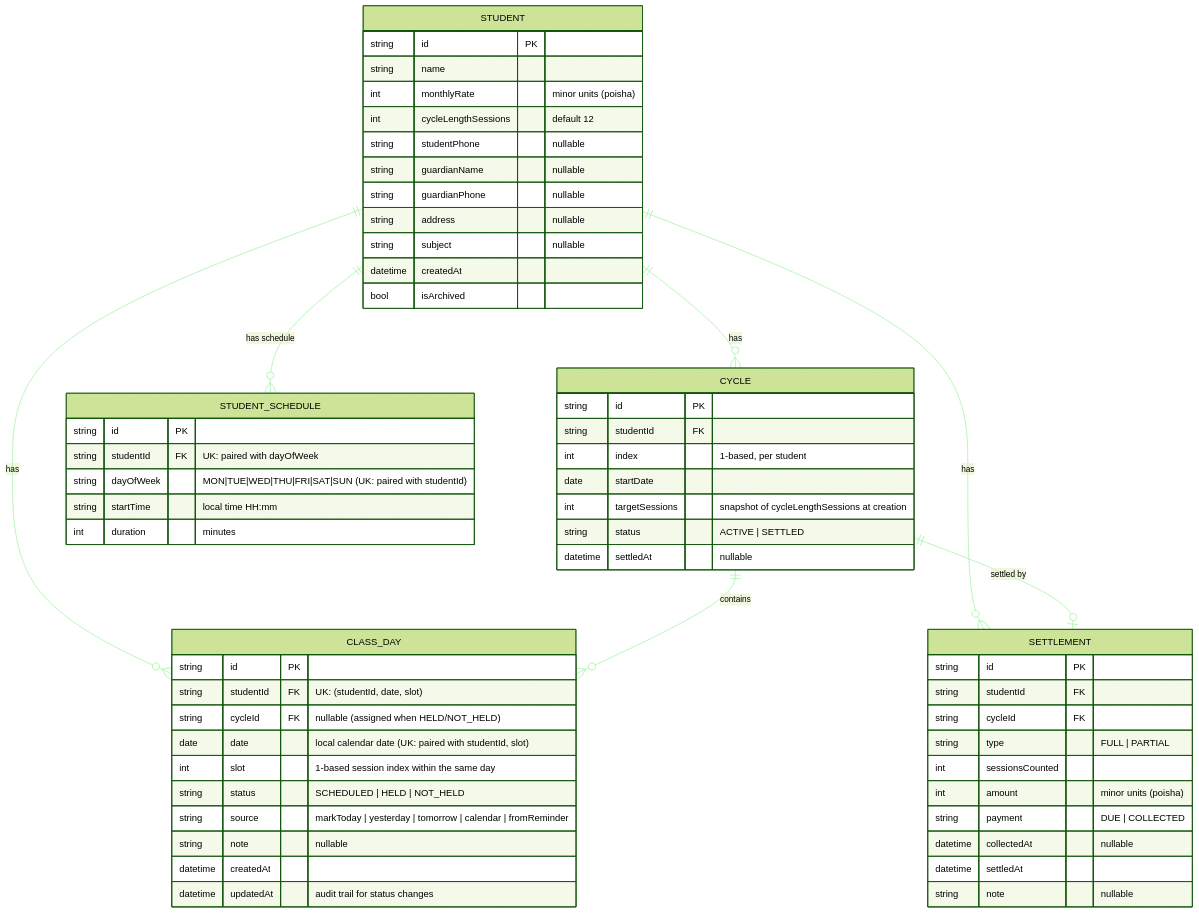
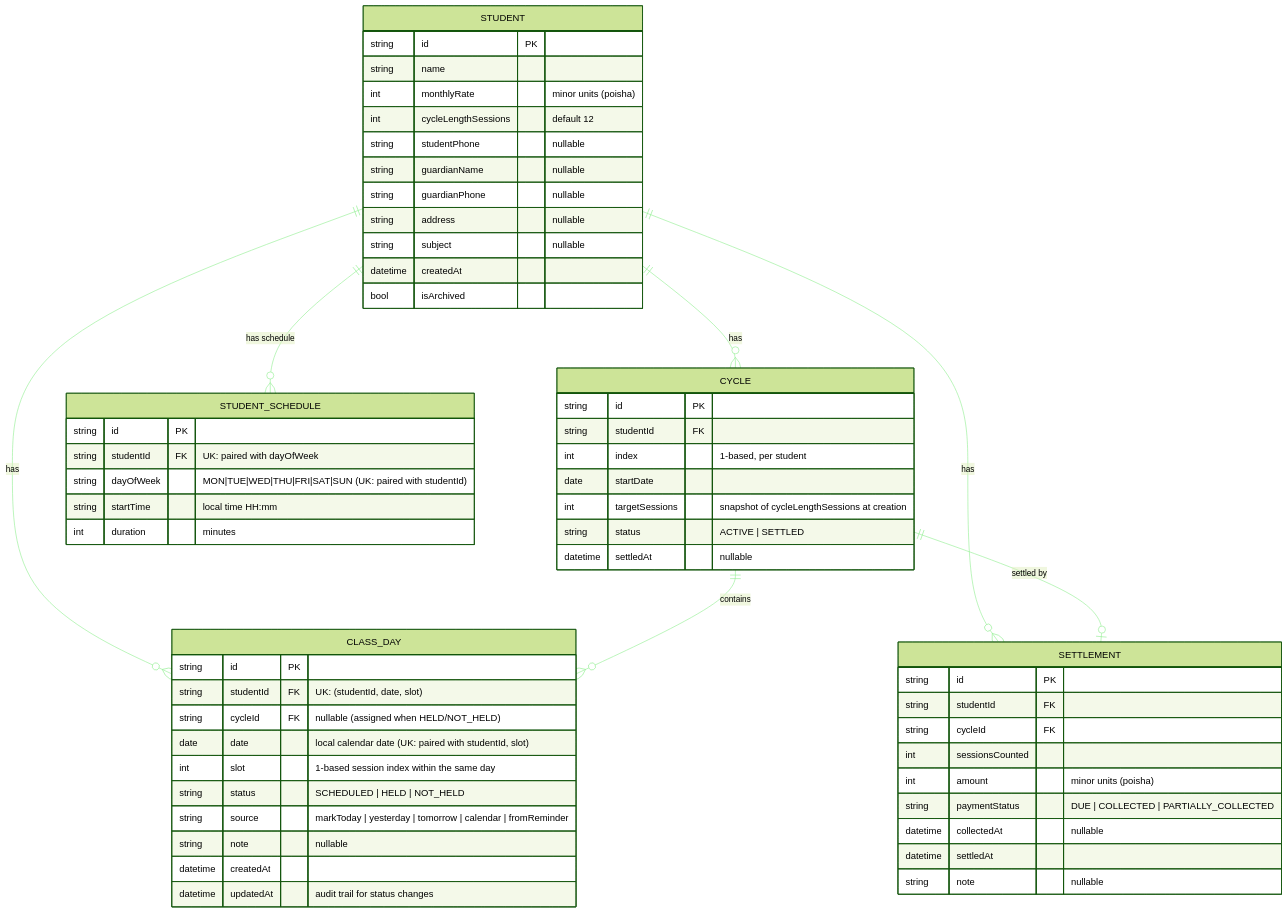
Before and after one commit to kernelvectortech/tuition-lord-docs: the diagram in database/erd.md, drawn with Mermaid. The commit also changed 1 other file, not shown here.

Commit message:
updated the settlement entity

````diff
--- a/database/erd.md
+++ b/database/erd.md
@@ -1,74 +1,73 @@
 ```mermaid
 ---
 config:
   theme: forest
   look: classic
   themeVariables:
     lineColor: "#90EE90"
 ---
 erDiagram
 	STUDENT {
 		string id PK ""  
 		string name  ""  
 		int monthlyRate  "minor units (poisha)"  
 		int cycleLengthSessions  "default 12"  
 		string studentPhone  "nullable"
 		string guardianName  "nullable"
 		string guardianPhone  "nullable" 
 		string address  "nullable"
 		string subject  "nullable" 
 		datetime createdAt  ""  
 		bool isArchived  ""  
 	}
 
 	CYCLE {
 		string id PK ""  
 		string studentId FK ""  
 		int index  "1-based, per student"  
 		date startDate  ""  
 		int targetSessions  "snapshot of cycleLengthSessions at creation"  
 		string status  "ACTIVE | SETTLED"  
 		datetime settledAt  "nullable"  
 	}
 
 	CLASS_DAY {
 		string id PK ""
 		string studentId FK "UK: (studentId, date, slot)"
 		string cycleId FK "nullable (assigned when HELD/NOT_HELD)"
 		date date  "local calendar date (UK: paired with studentId, slot)"
 		int slot  "1-based session index within the same day"
 		string status  "SCHEDULED | HELD | NOT_HELD"
 		string source  "markToday | yesterday | tomorrow | calendar | fromReminder"
 		string note  "nullable"
 		datetime createdAt  ""
 		datetime updatedAt  "audit trail for status changes"
 	}
 
 	STUDENT_SCHEDULE {
 		string id PK ""
 		string studentId FK "UK: paired with dayOfWeek"
 		string dayOfWeek  "MON|TUE|WED|THU|FRI|SAT|SUN (UK: paired with studentId)"
 		string startTime  "local time HH:mm"
 		int duration  "minutes"
 	}
 
 	SETTLEMENT {
 		string id PK ""  
 		string studentId FK ""  
 		string cycleId FK ""  
-		string type  "FULL | PARTIAL"  
 		int sessionsCounted  ""  
 		int amount  "minor units (poisha)"  
-		string payment  "DUE | COLLECTED"  
+		string paymentStatus  "DUE | COLLECTED | PARTIALLY_COLLECTED"  
 		datetime collectedAt  "nullable"  
 		datetime settledAt  ""  
 		string note  "nullable"  
 	}
 
 	STUDENT ||--o{ CYCLE : "has"
 	STUDENT ||--o{ CLASS_DAY : "has"
 	STUDENT ||--o{ SETTLEMENT : "has"
 	STUDENT ||--o{ STUDENT_SCHEDULE : "has schedule"
 	CYCLE ||--o{ CLASS_DAY : "contains"
 	CYCLE ||--o| SETTLEMENT : "settled by"
 ```
````
